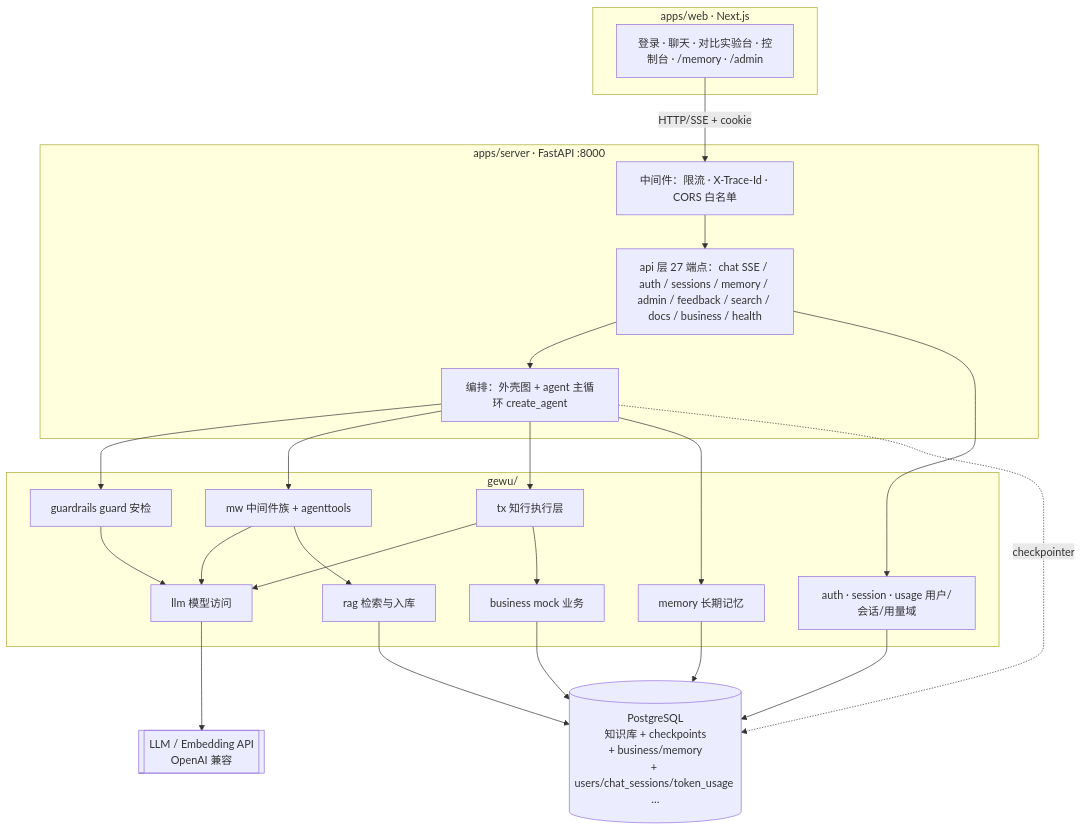
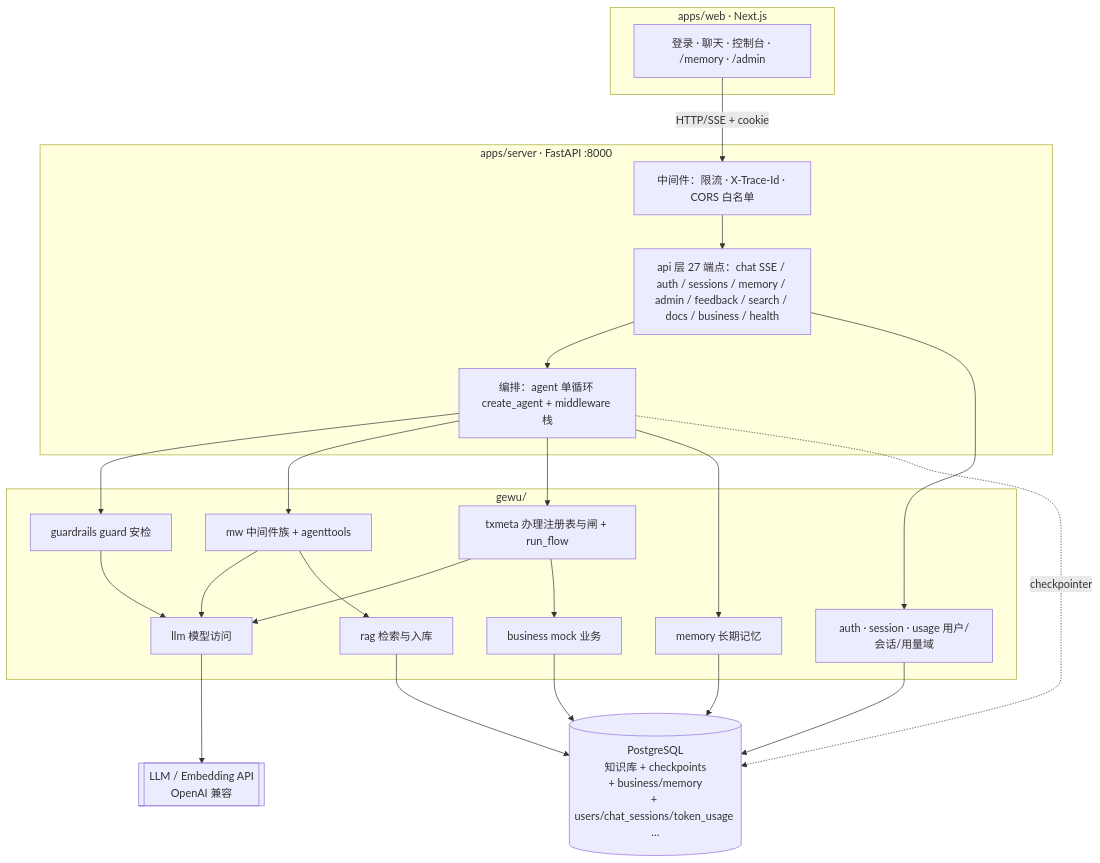
Before and after one commit to Thekshy/gewu: the diagram in docs/architecture/01-overview.md, drawn with Mermaid. The commit also changed other lines of this file and 13 other files, not shown here.

Commit message:
docs(p36): 文档对齐 P35——根 README 重写（单循环/五页面/make ingest/部署安全注记）+architecture 01/09/10 跟齐 P31+05/07/08 小修+PARITY §0.10/§14/§3+roadmap 补 P34~P36 与挂账盘点+docs/README 索引+.env.example 全集+DESIGN.md 版本晋级+AGENTS.md 核心域表述更新

````diff
--- a/docs/architecture/01-overview.md
+++ b/docs/architecture/01-overview.md
@@ -47,34 +45,34 @@
 ```mermaid
 flowchart TB
     subgraph Web[apps/web · Next.js]
-        UI[登录 · 聊天 · 对比实验台 · 控制台 · /memory · /admin]
+        UI[登录 · 聊天 · 控制台 · /memory · /admin]
     end
     subgraph Server[apps/server · FastAPI :8000]
         MW[中间件：限流 · X-Trace-Id · CORS 白名单]
         API[api 层 27 端点：chat SSE / auth / sessions / memory / admin / feedback / search / docs / business / health]
-        GRAPH[编排：外壳图 + agent 主循环 create_agent]
+        GRAPH[编排：agent 单循环 create_agent + middleware 栈]
     end
     subgraph Domains[gewu/]
         GUARD[guardrails guard 安检]
         RAG[rag 检索与入库]
         AGT[mw 中间件族 + agenttools]
-        TX[tx 知行执行层]
+        TX[txmeta 办理注册表与闸 + run_flow]
         LLM[llm 模型访问]
         BIZ[business mock 业务]
         MEM[memory 长期记忆]
         AUTH[auth · session · usage 用户/会话/用量域]
     end
     PG[(PostgreSQL<br/>知识库 + checkpoints<br/>+ business/memory<br/>+ users/chat_sessions/token_usage …)]
     EXT[[LLM / Embedding API<br/>OpenAI 兼容]]
 
     UI -->|HTTP/SSE + cookie| MW --> API --> GRAPH
     GRAPH --> GUARD & AGT & TX & MEM
     GUARD & AGT & TX --> LLM --> EXT
     AGT --> RAG
     RAG --> PG
     GRAPH -.checkpointer.-> PG
     TX --> BIZ --> PG
     MEM --> PG
     AUTH --> PG
     API --> AUTH
 ```
````
